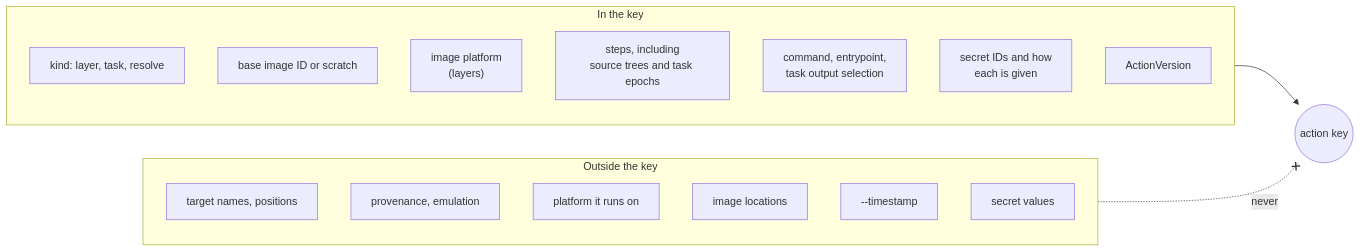
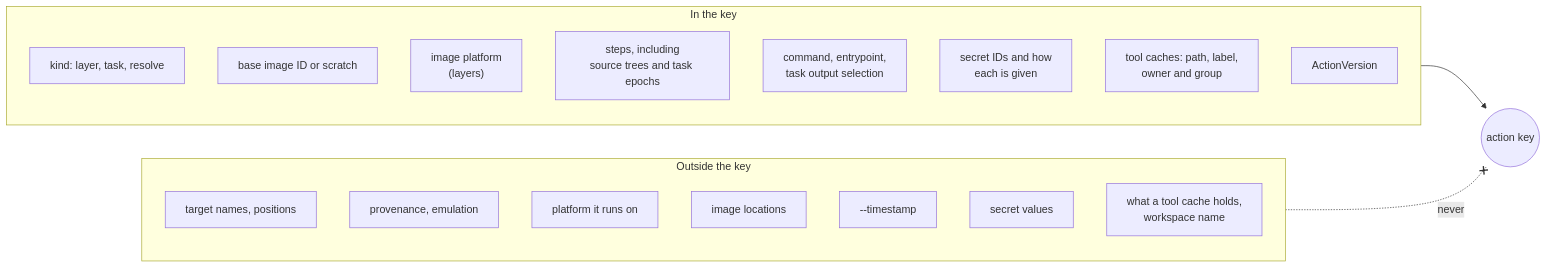
The fourth of 7 diagrams in docs/design/storage.md (vamos-build/vamos), drawn with Mermaid before and after one commit. The commit also changed other lines of this file and 79 other files, not shown here.

````diff
--- a/docs/design/storage.md
+++ b/docs/design/storage.md
@@ -224,22 +287,24 @@
 ```mermaid
 flowchart LR
     subgraph inputs["In the key"]
         kind["kind: layer, task, resolve"]
         base["base image ID or scratch"]
         plat["image platform<br/>(layers)"]
         steps["steps, including<br/>source trees and task epochs"]
         cfg["command, entrypoint,<br/>task output selection"]
         sec["secret IDs and how<br/>each is given"]
+        tc["tool caches: path, label,<br/>owner and group"]
         ver["ActionVersion"]
     end
     subgraph outside["Outside the key"]
         names["target names, positions"]
         prov["provenance, emulation"]
         runp["platform it runs on"]
         locs["image locations"]
         ts["--timestamp"]
         secv["secret values"]
+        tcv["what a tool cache holds,<br/>workspace name"]
     end
     inputs --> key(("action key"))
     outside -. "never" .-x key
 ```
````
